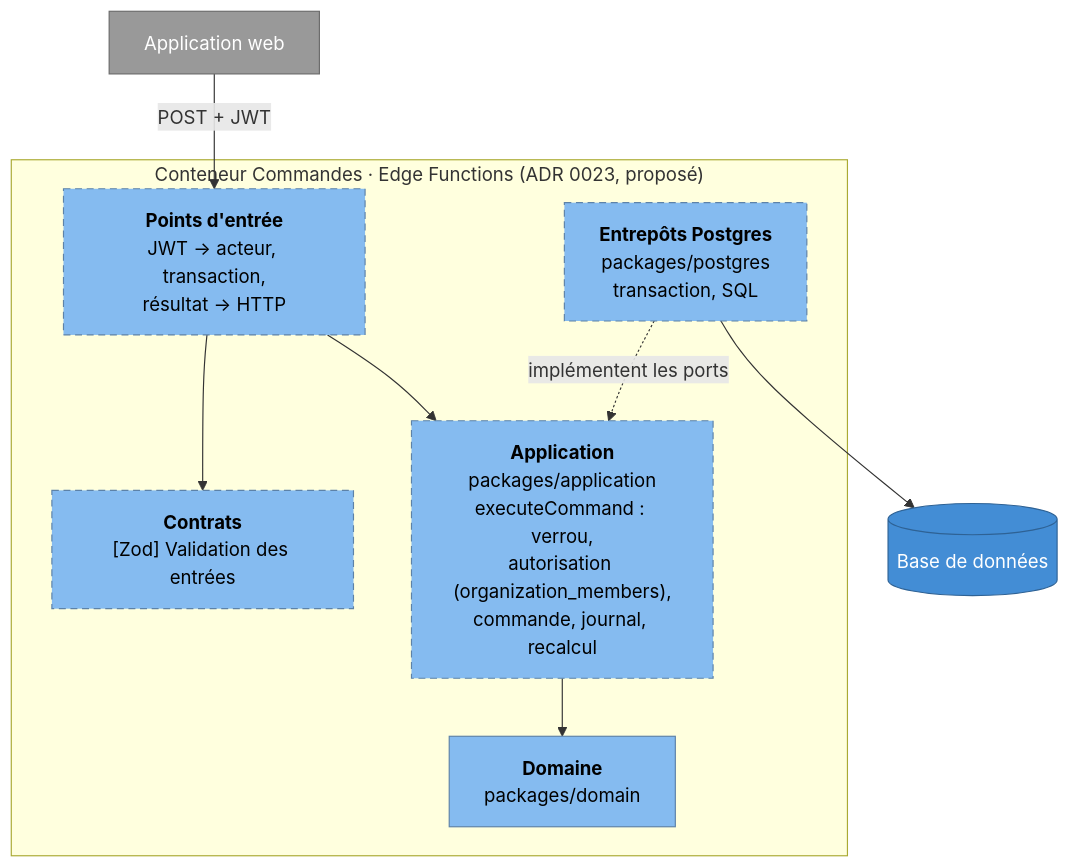
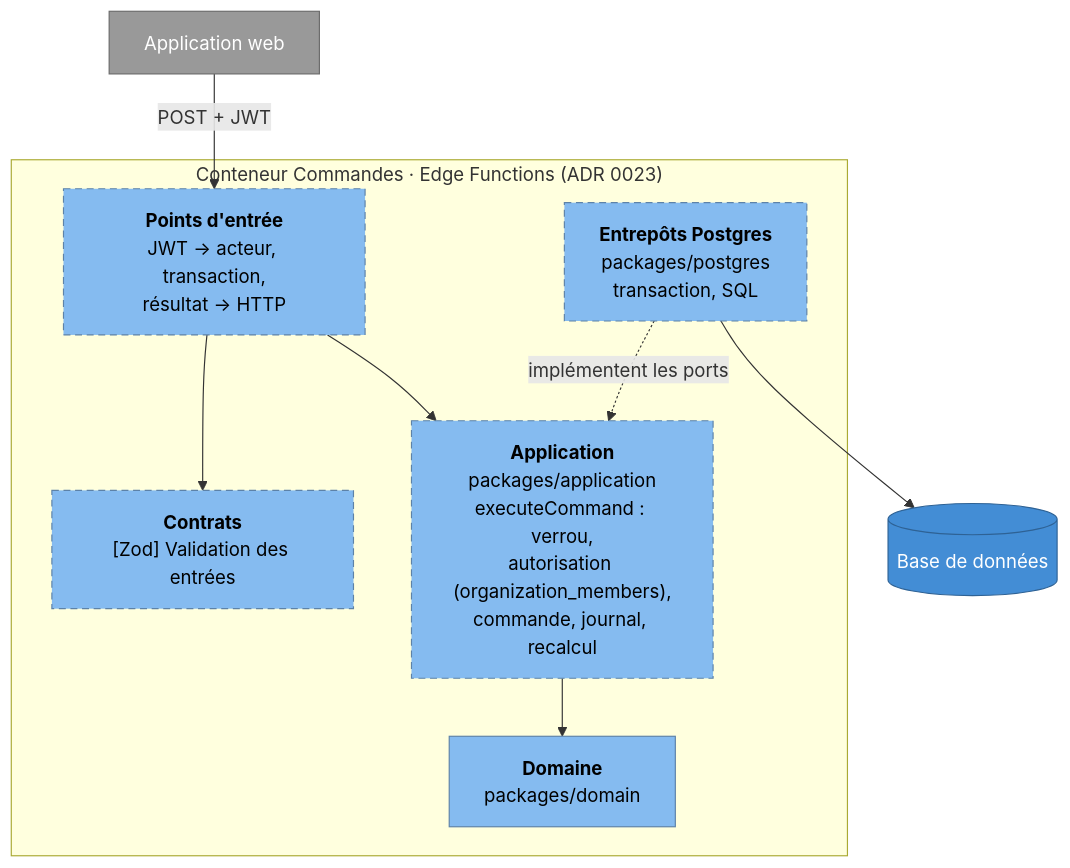
One commit to Charkx/Arrakard changed the fourth of 5 diagrams in docs/architecture/c4.md. Above: the diagram before and after it, drawn with Mermaid. The commit also changed 5 other files, not shown here.

````diff
--- a/docs/architecture/c4.md
+++ b/docs/architecture/c4.md
@@ -127,26 +127,26 @@
 ```mermaid
 flowchart TB
   classDef planned fill:#85bbf0,stroke:#5d82a8,color:#000,stroke-dasharray:6 4
   classDef component fill:#85bbf0,stroke:#5d82a8,color:#000
   classDef external fill:#999,stroke:#6b6b6b,color:#fff
   classDef db fill:#438dd5,stroke:#2e6295,color:#fff
 
   web["Application web"]:::external
 
-  subgraph commands["Conteneur Commandes · Edge Functions (ADR 0023, proposé)"]
+  subgraph commands["Conteneur Commandes · Edge Functions (ADR 0023)"]
     handler["<b>Points d'entrée</b><br/>JWT → acteur, transaction,<br/>résultat → HTTP"]:::planned
     contracts["<b>Contrats</b><br/>[Zod] Validation des entrées"]:::planned
     app["<b>Application</b><br/>packages/application<br/>executeCommand : verrou,<br/>autorisation (organization_members),<br/>commande, journal, recalcul"]:::planned
     repos["<b>Entrepôts Postgres</b><br/>packages/postgres<br/>transaction, SQL"]:::planned
     domain["<b>Domaine</b><br/>packages/domain"]:::component
   end
 
   db[("Base de données")]:::db
 
   web -->|"POST + JWT"| handler
   handler --> contracts
   handler --> app
   app --> domain
   repos -. implémentent les ports .-> app
   repos --> db
 ```
````
